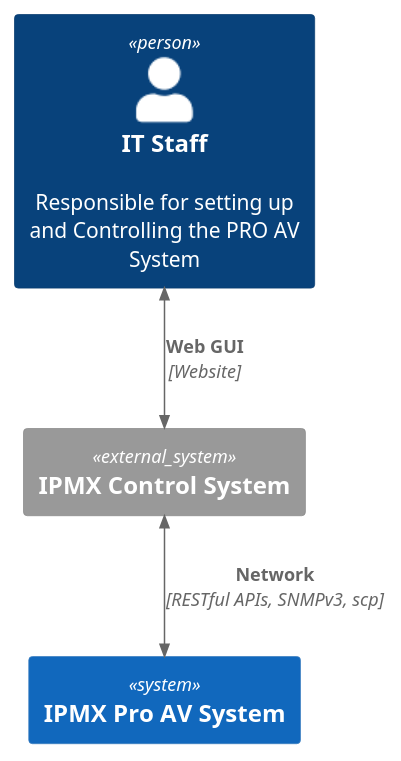
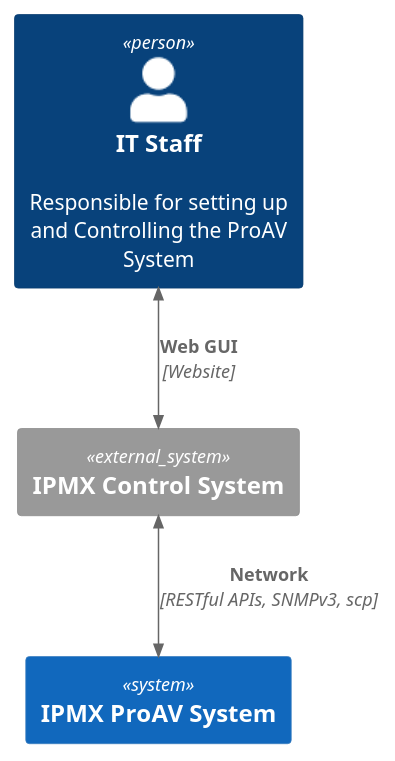
One commit to AMWA-TV/bcp-005-01 changed the diagram in docs/images/puml/ipmx_context_diagram.puml. Above: the diagram before and after it, drawn with PlantUML. The commit also changed 41 other files, not shown here.

```diff
--- a/docs/images/puml/ipmx_context_diagram.puml
+++ b/docs/images/puml/ipmx_context_diagram.puml
@@ -1,10 +1,10 @@
 @startuml
 !include https://raw.githubusercontent.com/plantuml-stdlib/C4-PlantUML/master/C4_Container.puml
 
-Person(person, "IT Staff", "Responsible for setting up and Controlling the PRO AV System")
+Person(person, "IT Staff", "Responsible for setting up and Controlling the ProAV System")
 System_Ext(ics, "IPMX Control System")
-System(proav, "IPMX Pro AV System")
+System(proav, "IPMX ProAV System")
 
 BiRel(person, ics, "Web GUI", "Website")
 BiRel(ics, proav, "Network", "RESTful APIs, SNMPv3, scp")
 @enduml
```
